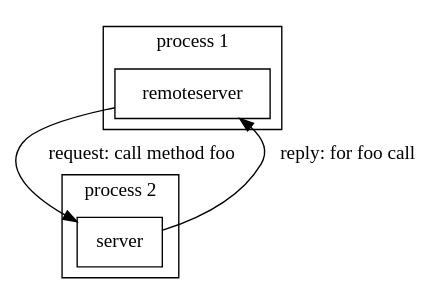
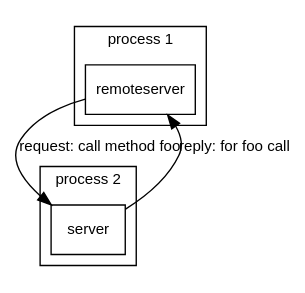
One commit to open-rsx/rsb-manual changed the diagram in specification-request-reply.rst. Above: the diagram before and after it, drawn with Graphviz. The commit also changed 1 other file, not shown here.

Commit message:
Fixed font family and size in dot-based figures in *.rst
* specification-request-reply.rst: added fontname=Arial, fontsize=11
  to dot-based figures
* specification-socket.rst: likewise

```diff
--- a/specification-request-reply.rst
+++ b/specification-request-reply.rst
@@ -29,13 +29,18 @@
 .. digraph:: rpc_example
+
+   fontname=Arial
+   fontsize=11
+   node [fontsize=11,fontname=Arial]
+   edge [fontsize=11,fontname=Arial]
 
    subgraph cluster_process1 {
      label="process 1";
      "remoteserver" [shape=rectangle];
    }
    subgraph cluster_process2 {
      label="process 2";
      "server" [shape=rectangle];
    }
 
    "remoteserver" -> "server" [label="request: call method foo"];
    "server" -> "remoteserver" [label="reply: for foo call"];
```
